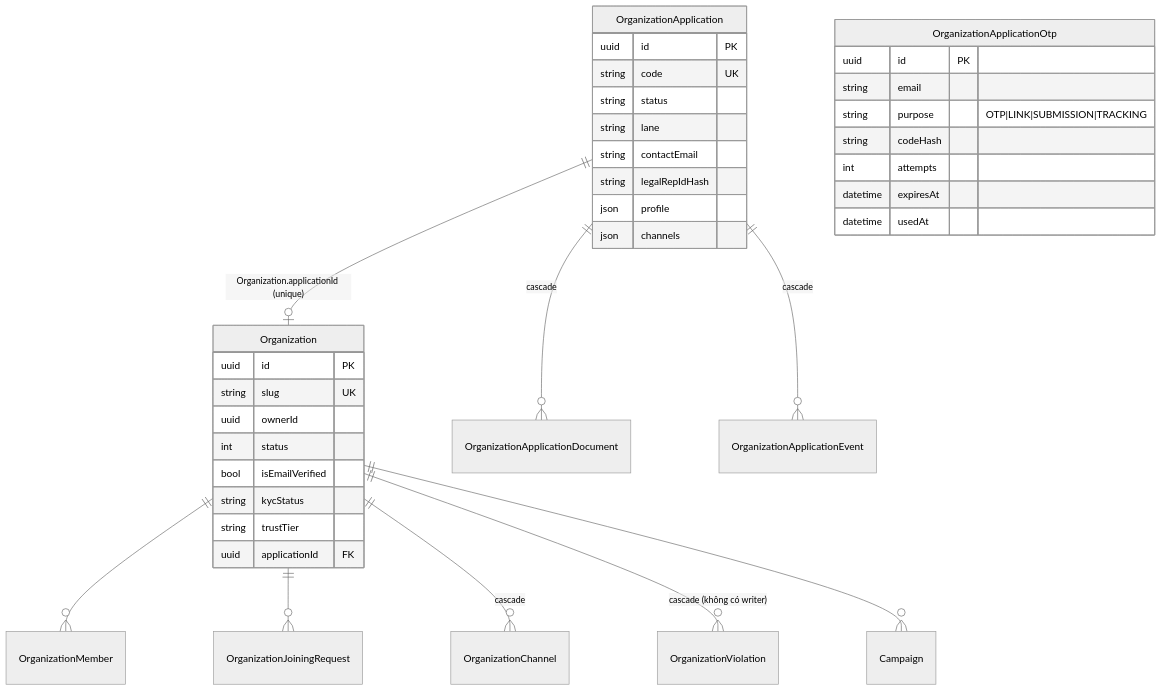
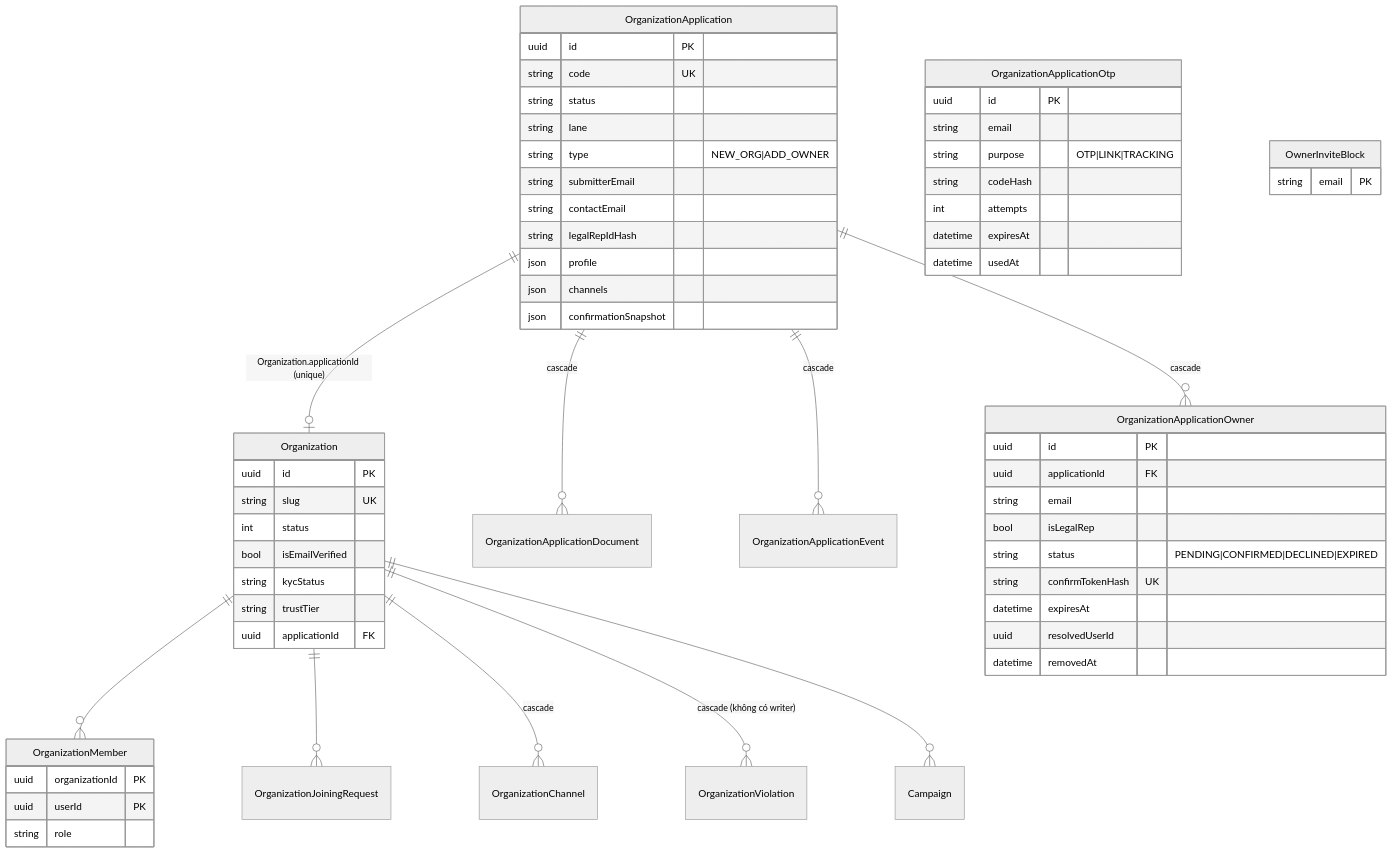
Before and after one commit to DOAN2-UQT-KN/ecolink-docs: the third of 5 diagrams in 01-data-model.md, drawn with Mermaid (neutral theme). The commit also changed other lines of this file and 4 other files, not shown here.

Commit message:
docs: update organization creation flow and business rules for owner confirmation and application process

````diff
--- a/01-data-model.md
+++ b/01-data-model.md
@@ -167,40 +163,62 @@
 ```mermaid
 erDiagram
   OrganizationApplication ||--o| Organization : "Organization.applicationId (unique)"
   OrganizationApplication ||--o{ OrganizationApplicationDocument : "cascade"
   OrganizationApplication ||--o{ OrganizationApplicationEvent : "cascade"
+  OrganizationApplication ||--o{ OrganizationApplicationOwner : "cascade"
   Organization ||--o{ OrganizationMember : ""
   Organization ||--o{ OrganizationJoiningRequest : ""
   Organization ||--o{ OrganizationChannel : "cascade"
   Organization ||--o{ OrganizationViolation : "cascade (không có writer)"
   Organization ||--o{ Campaign : ""
   OrganizationApplicationOtp {
     uuid id PK
     string email
-    string purpose "OTP|LINK|SUBMISSION|TRACKING"
+    string purpose "OTP|LINK|TRACKING"
     string codeHash
     int attempts
     datetime expiresAt
     datetime usedAt
   }
   Organization {
     uuid id PK
     string slug UK
-    uuid ownerId
     int status
     bool isEmailVerified
     string kycStatus
     string trustTier
     uuid applicationId FK
   }
   OrganizationApplication {
     uuid id PK
     string code UK
     string status
     string lane
+    string type "NEW_ORG|ADD_OWNER"
+    string submitterEmail
     string contactEmail
     string legalRepIdHash
     json profile
     json channels
+    json confirmationSnapshot
+  }
+  OrganizationApplicationOwner {
+    uuid id PK
+    uuid applicationId FK
+    string email
+    bool isLegalRep
+    string status "PENDING|CONFIRMED|DECLINED|EXPIRED"
+    string confirmTokenHash UK
+    datetime expiresAt
+    uuid resolvedUserId
+    datetime removedAt
+  }
+  OrganizationMember {
+    uuid organizationId PK
+    uuid userId PK
+    string role
+  }
+  OwnerInviteBlock {
+    string email PK
   }
 ```
````
